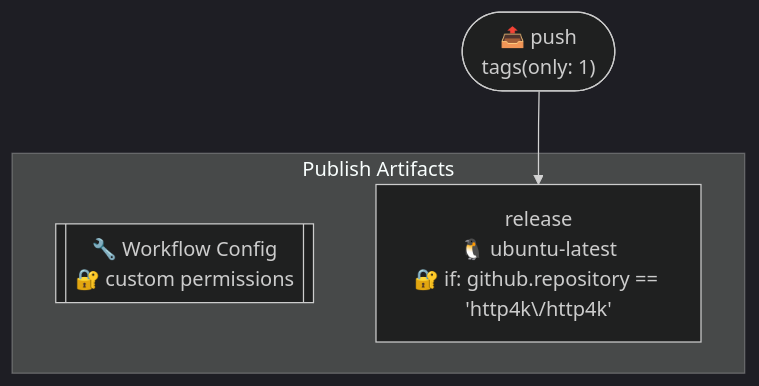
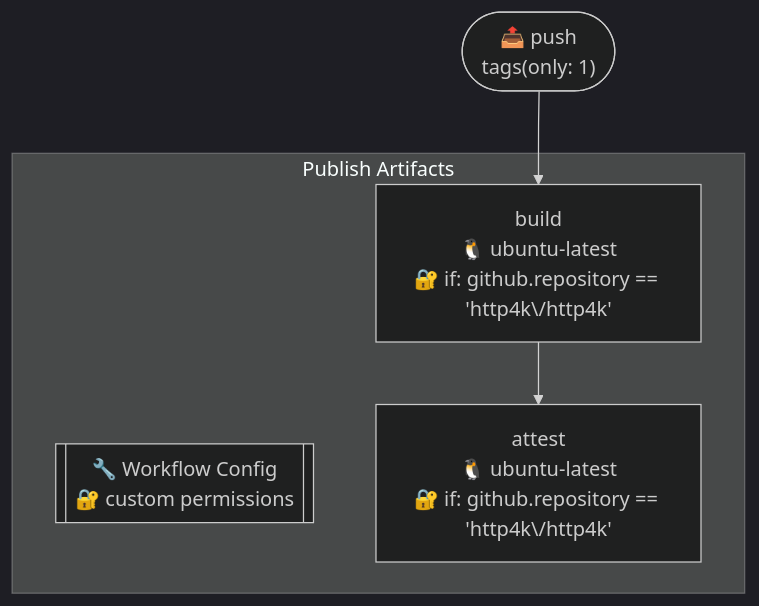
The first of 3 diagrams in .github/typeflows/publish-artifacts/README.md (http4k/http4k), drawn with Mermaid (dark theme) before and after one commit. The commit also changed other lines of this file and 9 other files, not shown here.

Commit message:
isolate build/attest stages in publishing pipeline

````diff
--- a/.github/typeflows/publish-artifacts/README.md
+++ b/.github/typeflows/publish-artifacts/README.md
@@ -3,10 +3,12 @@
 ```mermaid
 %%{init: {"flowchart": {"curve": "basis"}}}%%
 flowchart TD
     push(["📤 push<br/>tags(only: 1)"])
     subgraph publishartifactsyml["Publish Artifacts"]
         publishartifactsyml_metadata[["🔧 Workflow Config<br/>🔐 custom permissions"]]
-        publishartifactsyml_release["release<br/>🐧 ubuntu-latest<br/>🔐 if: github.repository == 'http4k\/http4k'"]
+        publishartifactsyml_build["build<br/>🐧 ubuntu-latest<br/>🔐 if: github.repository == 'http4k\/http4k'"]
+        publishartifactsyml_attest["attest<br/>🐧 ubuntu-latest<br/>🔐 if: github.repository == 'http4k\/http4k'"]
+        publishartifactsyml_build --> publishartifactsyml_attest
     end
-    push --> publishartifactsyml_release
+    push --> publishartifactsyml_build
 ```
````
